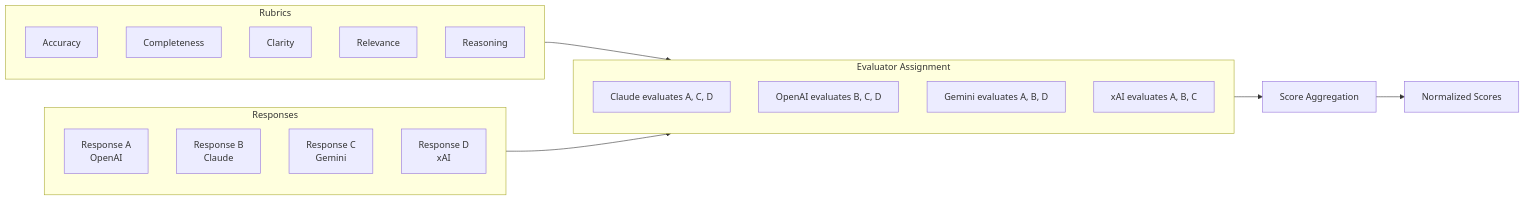
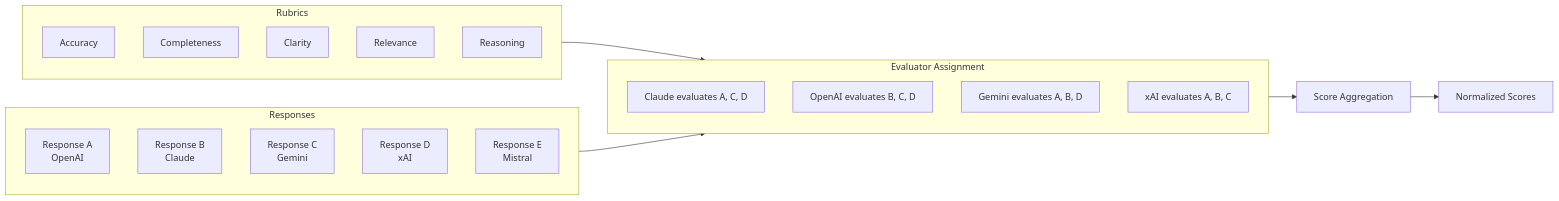
Before and after one commit to rondilley/llm_compare: the ninth of 19 diagrams in docs/ARCHITECTURE.md, drawn with Mermaid. The commit also changed other lines of this file and 2 other files, not shown here.

````diff
--- a/docs/ARCHITECTURE.md
+++ b/docs/ARCHITECTURE.md
@@ -316,29 +326,30 @@
 ```mermaid
 flowchart LR
     subgraph Rubrics
         R1[Accuracy]
         R2[Completeness]
         R3[Clarity]
         R4[Relevance]
         R5[Reasoning]
     end
 
     subgraph Responses
         RESP_A[Response A<br/>OpenAI]
         RESP_B[Response B<br/>Claude]
         RESP_C[Response C<br/>Gemini]
         RESP_D[Response D<br/>xAI]
+        RESP_E[Response E<br/>Mistral]
     end
 
     subgraph Evaluators["Evaluator Assignment"]
         E1[Claude evaluates A, C, D]
         E2[OpenAI evaluates B, C, D]
         E3[Gemini evaluates A, B, D]
         E4[xAI evaluates A, B, C]
     end
 
     Rubrics --> Evaluators
     Responses --> Evaluators
     Evaluators --> AGG[Score Aggregation]
     AGG --> NORM[Normalized Scores]
 ```
````
